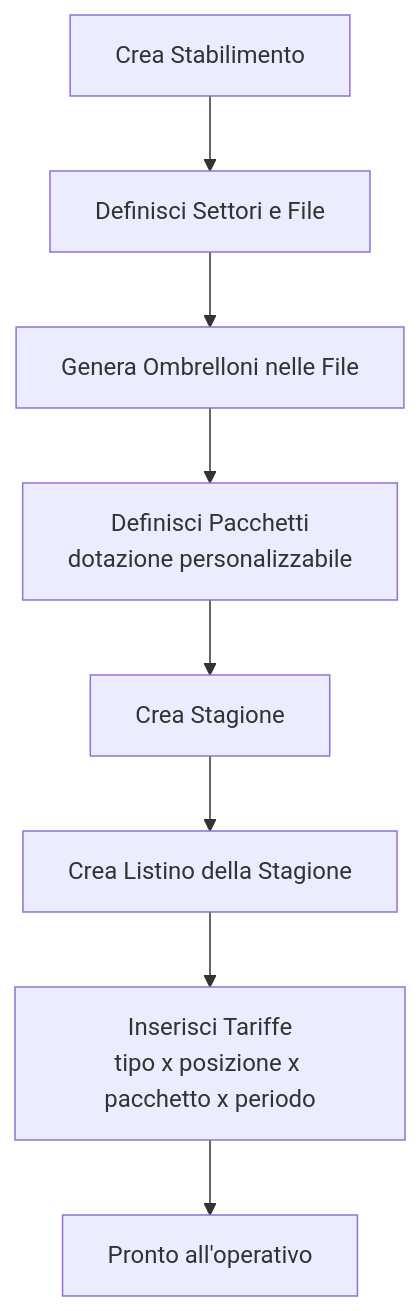
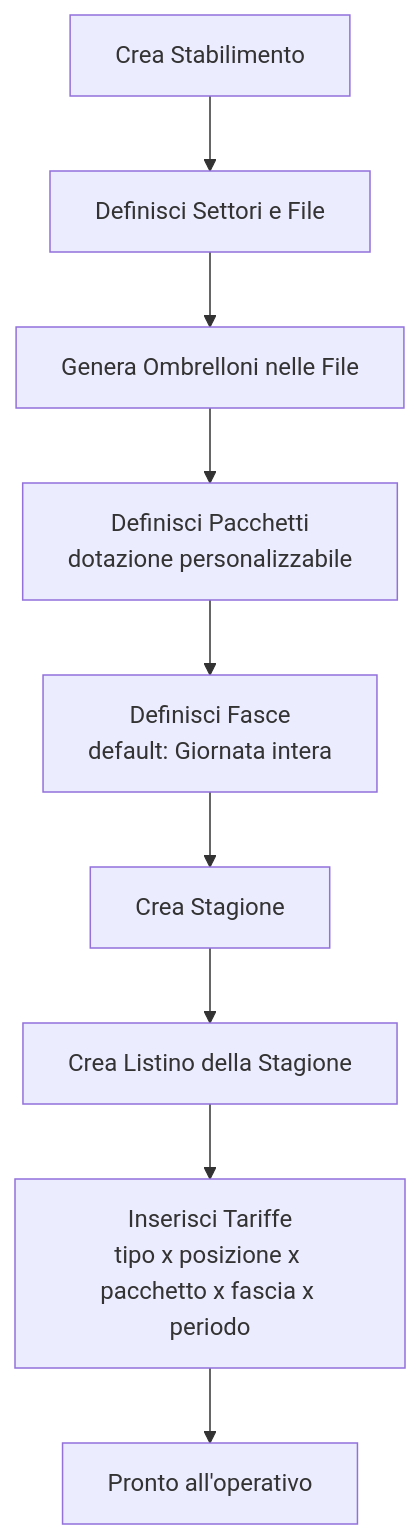
The first of 4 diagrams in docs/design/flows.md (devfrx/coralyn), drawn with Mermaid before and after one commit. The commit also changed 2 other files, not shown here.

Commit message:
docs: correzioni di coerenza dopo revisione (fascia nel pricing, glossario, setup)
Aggiunta dimensione fascia alla risoluzione prezzo; glossario riallineato (Cabina rimandata, Prenotazione/Tariffa); fasce nel flusso di setup.

````diff
--- a/docs/design/flows.md
+++ b/docs/design/flows.md
@@ -8,10 +8,11 @@
 ```mermaid
 flowchart TD
     A[Crea Stabilimento] --> B[Definisci Settori e File]
     B --> C[Genera Ombrelloni nelle File]
     C --> D[Definisci Pacchetti<br/>dotazione personalizzabile]
-    D --> E[Crea Stagione]
+    D --> DF[Definisci Fasce<br/>default: Giornata intera]
+    DF --> E[Crea Stagione]
     E --> F[Crea Listino della Stagione]
-    F --> G[Inserisci Tariffe<br/>tipo x posizione x pacchetto x periodo]
+    F --> G[Inserisci Tariffe<br/>tipo x posizione x pacchetto x fascia x periodo]
     G --> H[Pronto all'operativo]
 ```
````
